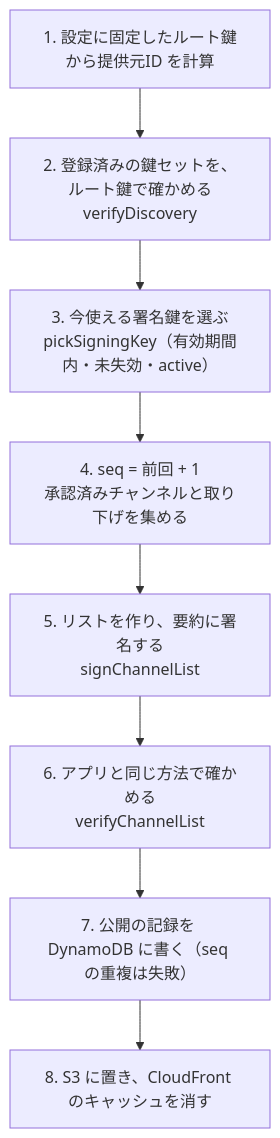
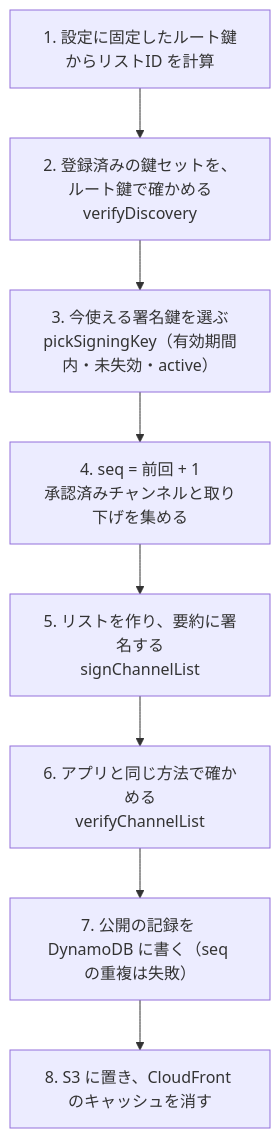
Before and after one commit to duwenji/yorisoi-tutorial: the third of 3 diagrams in 06-trust/04-two-tier-keys.md, drawn with Mermaid. The commit also changed other lines of this file and 62 other files, not shown here.

````diff
--- a/06-trust/04-two-tier-keys.md
+++ b/06-trust/04-two-tier-keys.md
@@ -245,10 +245,10 @@
 ```mermaid
 flowchart TB
-    A["1. 設定に固定したルート鍵から提供元ID を計算"] --> B["2. 登録済みの鍵セットを、ルート鍵で確かめる<br/>verifyDiscovery"]
+    A["1. 設定に固定したルート鍵からリストID を計算"] --> B["2. 登録済みの鍵セットを、ルート鍵で確かめる<br/>verifyDiscovery"]
     B --> C["3. 今使える署名鍵を選ぶ<br/>pickSigningKey（有効期間内・未失効・active）"]
     C --> D["4. seq = 前回 + 1<br/>承認済みチャンネルと取り下げを集める"]
     D --> E["5. リストを作り、要約に署名する<br/>signChannelList"]
     E --> F["6. アプリと同じ方法で確かめる<br/>verifyChannelList"]
     F --> G["7. 公開の記録を DynamoDB に書く（seq の重複は失敗）"]
     G --> H["8. S3 に置き、CloudFront のキャッシュを消す"]
 ```
````
